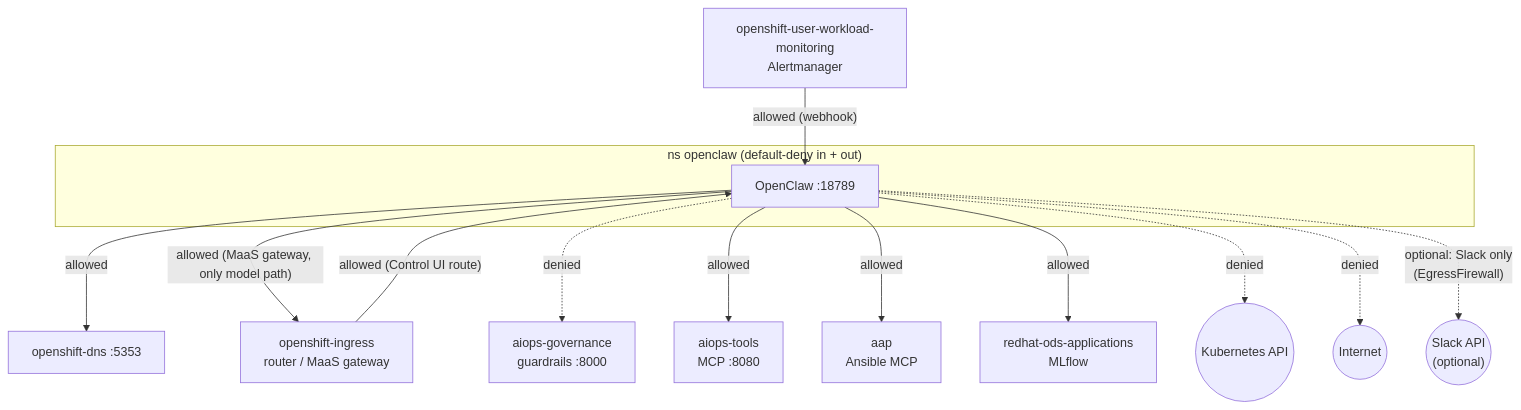
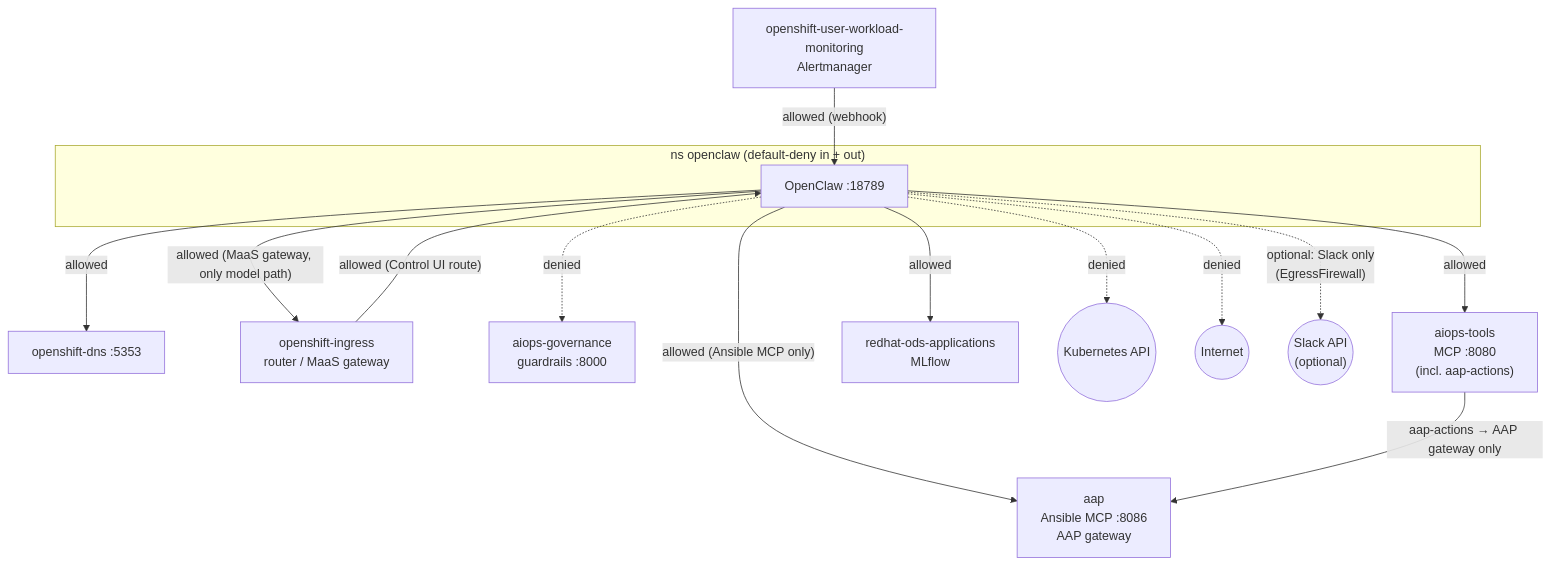
Before and after one commit to lccherri/openclaw-aiops-poc: the first of 8 diagrams in docs/architecture.md, drawn with Mermaid. The commit also changed other lines of this file and 13 other files, not shown here.

````diff
--- a/docs/architecture.md
+++ b/docs/architecture.md
@@ -35,28 +35,29 @@
 ```mermaid
 flowchart TB
     subgraph openclaw["ns openclaw (default-deny in + out)"]
         OC[OpenClaw :18789]
     end
     DNS[openshift-dns :5353]
     ING["openshift-ingress<br/>router / MaaS gateway"]
     GOV["aiops-governance<br/>guardrails :8000"]
-    TOOLS["aiops-tools<br/>MCP :8080"]
-    AAP["aap<br/>Ansible MCP"]
+    TOOLS["aiops-tools<br/>MCP :8080<br/>(incl. aap-actions)"]
+    AAP["aap<br/>Ansible MCP :8086<br/>AAP gateway"]
     MLF["redhat-ods-applications<br/>MLflow"]
     UWM["openshift-user-workload-monitoring<br/>Alertmanager"]
     API(("Kubernetes API"))
     NET(("Internet"))
     SLK(("Slack API<br/>(optional)"))
 
     OC -->|allowed| DNS
     OC -->|"allowed (MaaS gateway, only model path)"| ING
     OC -.->|denied| GOV
     OC -->|allowed| TOOLS
-    OC -->|allowed| AAP
+    OC -->|"allowed (Ansible MCP only)"| AAP
+    TOOLS -->|"aap-actions → AAP gateway only"| AAP
     OC -->|allowed| MLF
     ING -->|"allowed (Control UI route)"| OC
     UWM -->|"allowed (webhook)"| OC
     OC -.->|denied| API
     OC -.->|denied| NET
     OC -. "optional: Slack only<br/>(EgressFirewall)" .-> SLK
 ```
````
